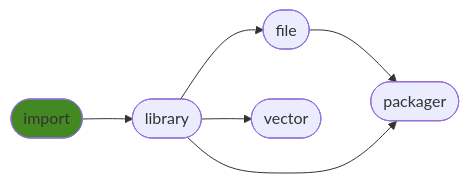
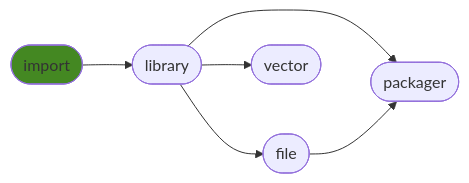
The diagram in README.md (ManderaGeneral/generalimport), drawn with Mermaid before and after one commit. The commit also changed other lines of this file, not shown here.

````diff
--- a/README.md
+++ b/README.md
@@ -20,14 +20,14 @@
 ```mermaid
 flowchart LR
 1([library]) --> 3([vector])
-2([file]) --> 4([packager])
 1([library]) --> 4([packager])
 0([import]) --> 1([library])
 1([library]) --> 2([file])
+2([file]) --> 4([packager])
 click 0 "https://github.com/ManderaGeneral/generalimport"
 click 1 "https://github.com/ManderaGeneral/generallibrary"
 click 2 "https://github.com/ManderaGeneral/generalfile"
 click 3 "https://github.com/ManderaGeneral/generalvector"
 click 4 "https://github.com/ManderaGeneral/generalpackager"
 style 0 fill:#482
 ```
````
